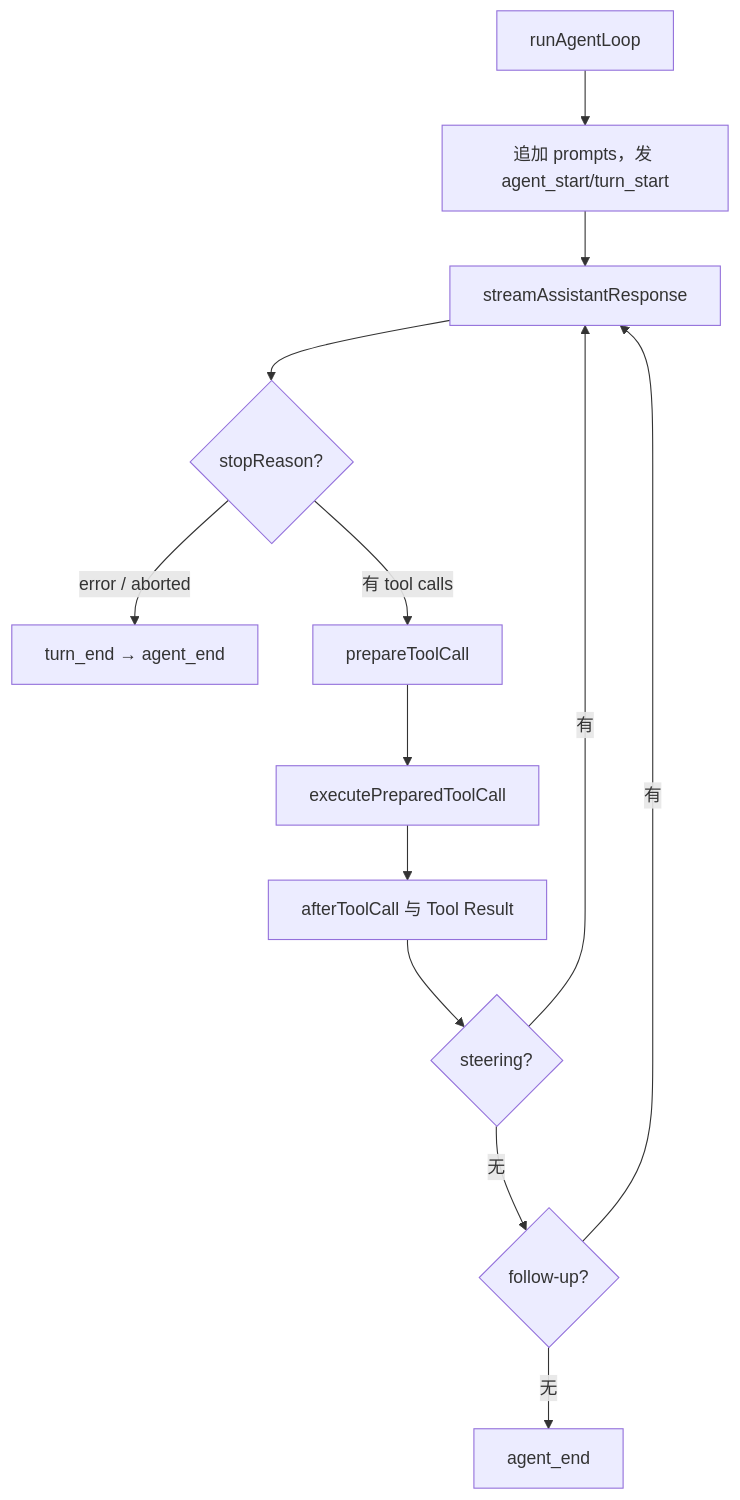
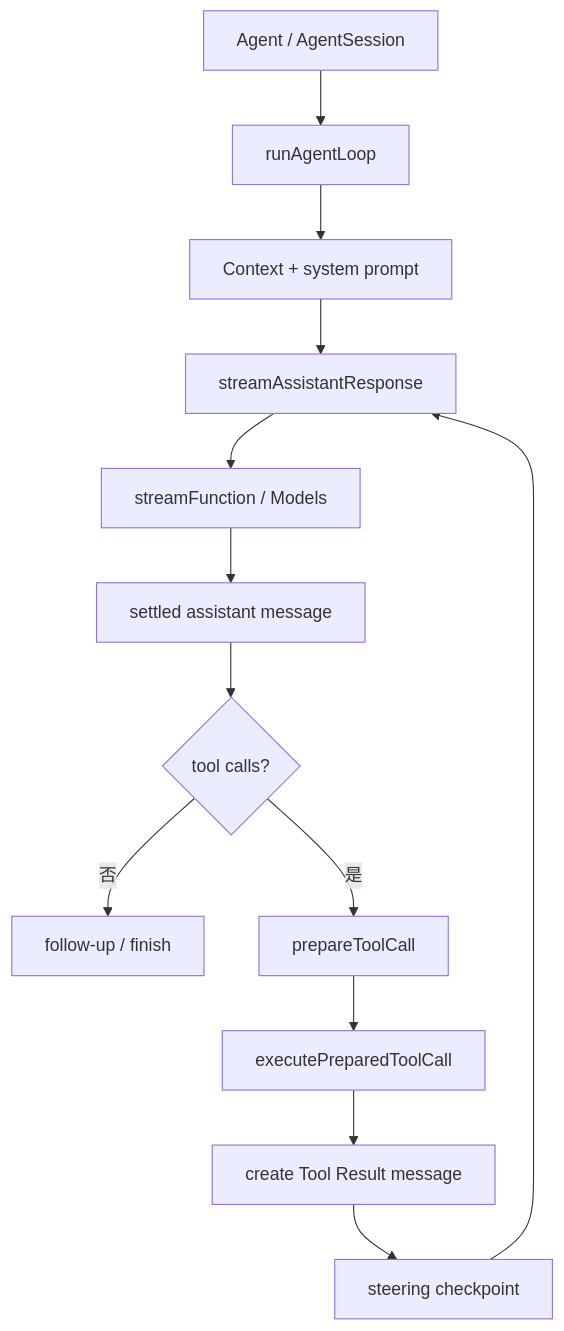
The diagram in ai-agent-learning/03-agent-loop/pi-agent-loop.mdx (coolerks/pi-lean), drawn with Mermaid before and after one commit. The commit also changed other lines of this file and 135 other files, not shown here.

````diff
--- a/ai-agent-learning/03-agent-loop/pi-agent-loop.mdx
+++ b/ai-agent-learning/03-agent-loop/pi-agent-loop.mdx
@@ -22,15 +34,15 @@
 ```mermaid
 flowchart TD
-    S[runAgentLoop] --> P[追加 prompts，发 agent_start/turn_start]
-    P --> R[streamAssistantResponse]
-    R --> C{stopReason?}
-    C -->|error / aborted| E[turn_end → agent_end]
-    C -->|有 tool calls| V[prepareToolCall]
-    V --> X[executePreparedToolCall]
-    X --> Y[afterToolCall 与 Tool Result]
-    Y --> Q{steering?}
-    Q -->|有| R
-    Q -->|无| F{follow-up?}
-    F -->|有| R
-    F -->|无| E2[agent_end]
+    Caller[Agent / AgentSession] --> Entry[runAgentLoop]
+    Entry --> Context[Context + system prompt]
+    Context --> Stream[streamAssistantResponse]
+    Stream --> Provider[streamFunction / Models]
+    Provider --> Assistant[settled assistant message]
+    Assistant --> Decide{tool calls?}
+    Decide -->|否| Queue[follow-up / finish]
+    Decide -->|是| Prepare[prepareToolCall]
+    Prepare --> Execute[executePreparedToolCall]
+    Execute --> Result[create Tool Result message]
+    Result --> Steering[steering checkpoint]
+    Steering --> Stream
 ```
````
